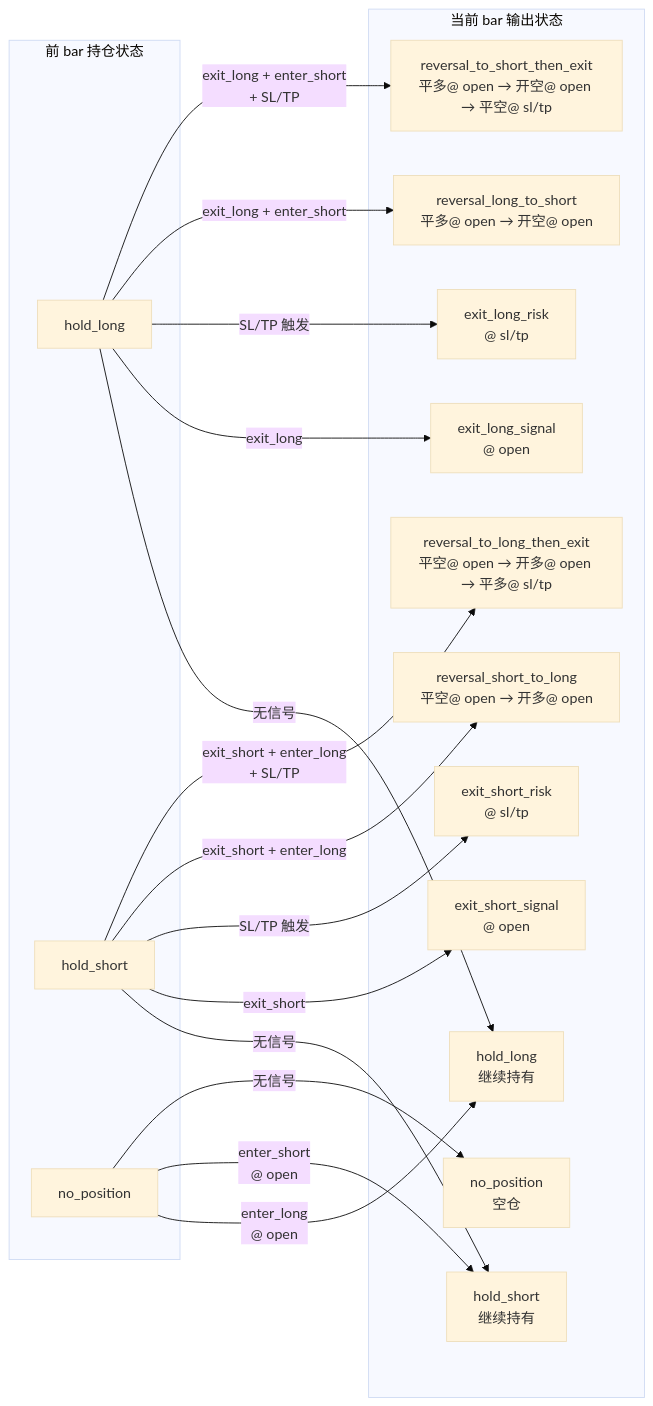
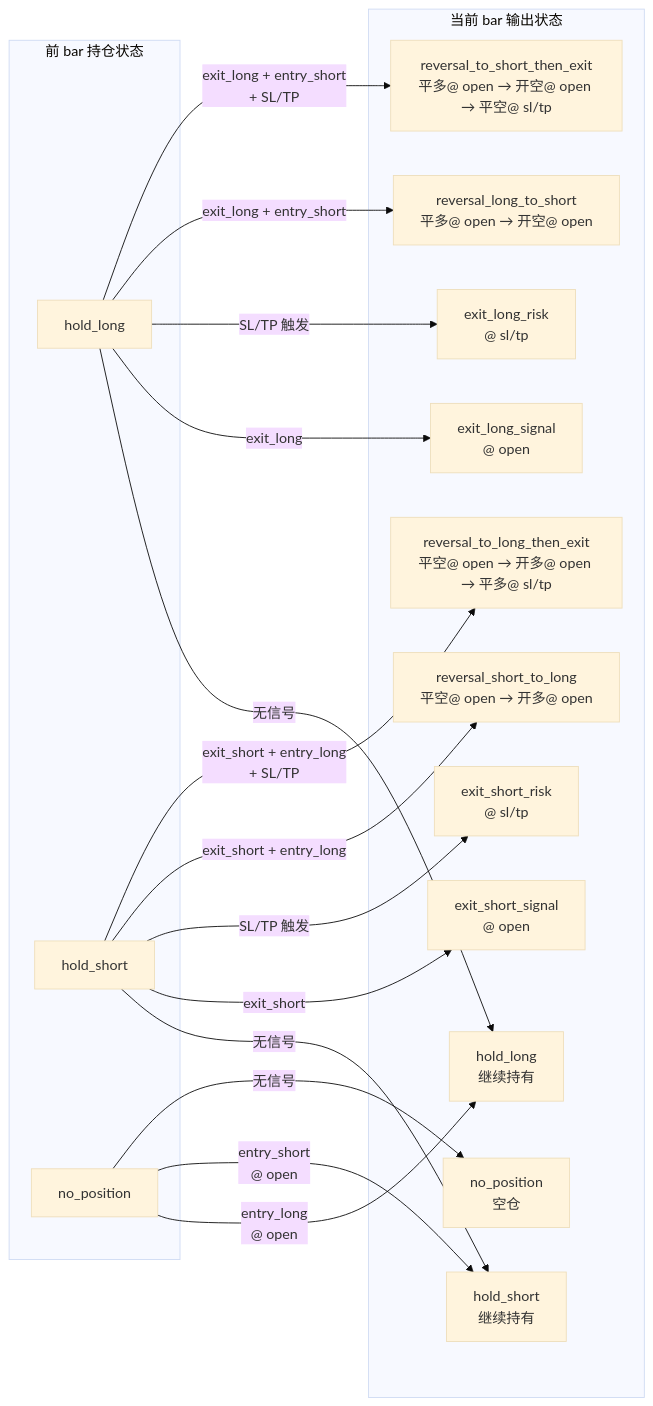
One commit to hxse/pyo3-quant changed the second of 2 diagrams in doc/backtest/backtest_architecture.md. Above: the diagram before and after it, drawn with Mermaid (base theme). The commit also changed other lines of this file and 75 other files, not shown here.

````diff
--- a/doc/backtest/backtest_architecture.md
+++ b/doc/backtest/backtest_architecture.md
@@ -137,38 +137,38 @@
 ```mermaid
 flowchart LR
     subgraph "前 bar 持仓状态"
         P1["hold_long"]
         P2["hold_short"]
         P0["no_position"]
     end
 
     subgraph "当前 bar 输出状态"
         S1["hold_long<br/>继续持有"]
         S2["hold_short<br/>继续持有"]
         S3["no_position<br/>空仓"]
         S4["exit_long_signal<br/>@ open"]
         S5["exit_long_risk<br/>@ sl/tp"]
         S6["exit_short_signal<br/>@ open"]
         S7["exit_short_risk<br/>@ sl/tp"]
         S8["reversal_long_to_short<br/>平多@ open → 开空@ open"]
         S9["reversal_short_to_long<br/>平空@ open → 开多@ open"]
         S10["reversal_to_long_then_exit<br/>平空@ open → 开多@ open → 平多@ sl/tp"]
         S11["reversal_to_short_then_exit<br/>平多@ open → 开空@ open → 平空@ sl/tp"]
     end
 
-    P0 -->|"enter_long<br/>@ open"| S1
-    P0 -->|"enter_short<br/>@ open"| S2
+    P0 -->|"entry_long<br/>@ open"| S1
+    P0 -->|"entry_short<br/>@ open"| S2
     P0 -->|"无信号"| S3
 
     P1 -->|"无信号"| S1
     P1 -->|"exit_long"| S4
     P1 -->|"SL/TP 触发"| S5
-    P1 -->|"exit_long + enter_short"| S8
-    P1 -->|"exit_long + enter_short<br/>+ SL/TP"| S11
+    P1 -->|"exit_long + entry_short"| S8
+    P1 -->|"exit_long + entry_short<br/>+ SL/TP"| S11
 
     P2 -->|"无信号"| S2
     P2 -->|"exit_short"| S6
     P2 -->|"SL/TP 触发"| S7
-    P2 -->|"exit_short + enter_long"| S9
-    P2 -->|"exit_short + enter_long<br/>+ SL/TP"| S10
+    P2 -->|"exit_short + entry_long"| S9
+    P2 -->|"exit_short + entry_long<br/>+ SL/TP"| S10
 ```
````
